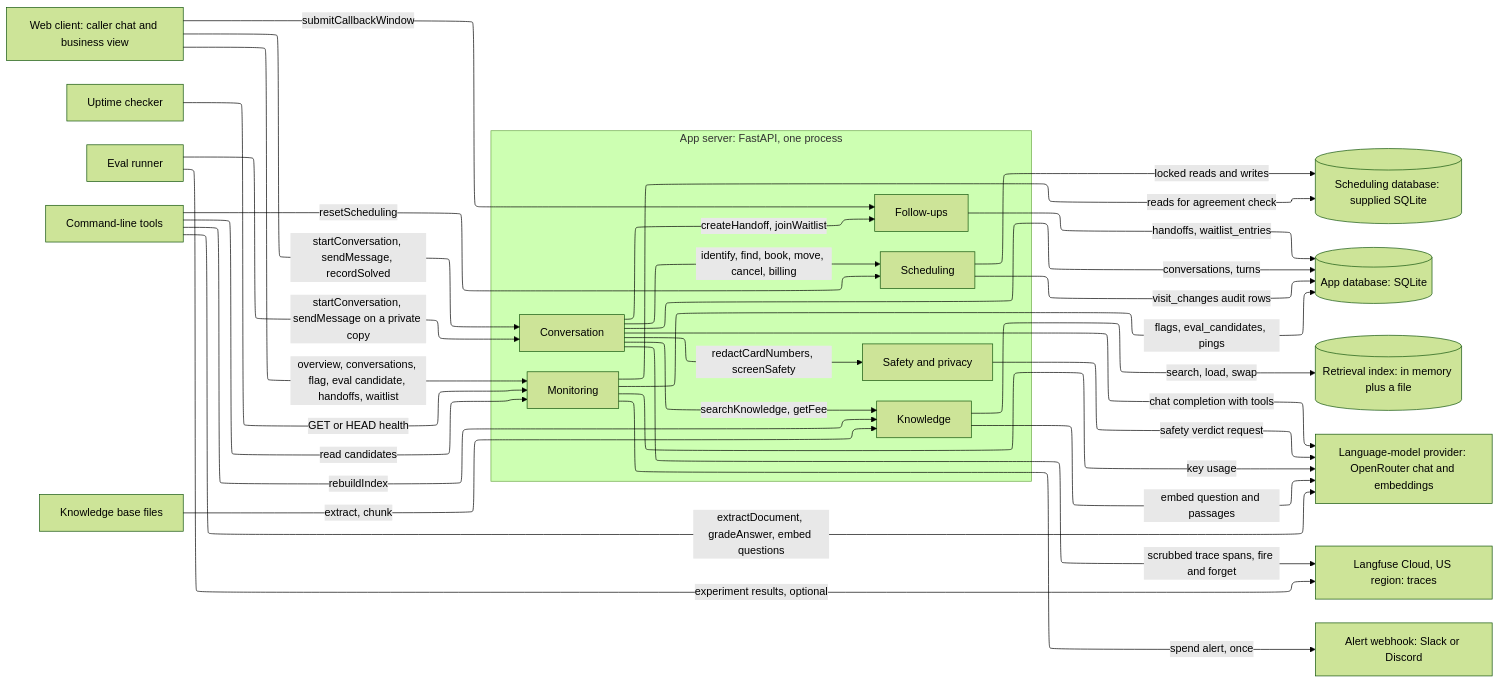
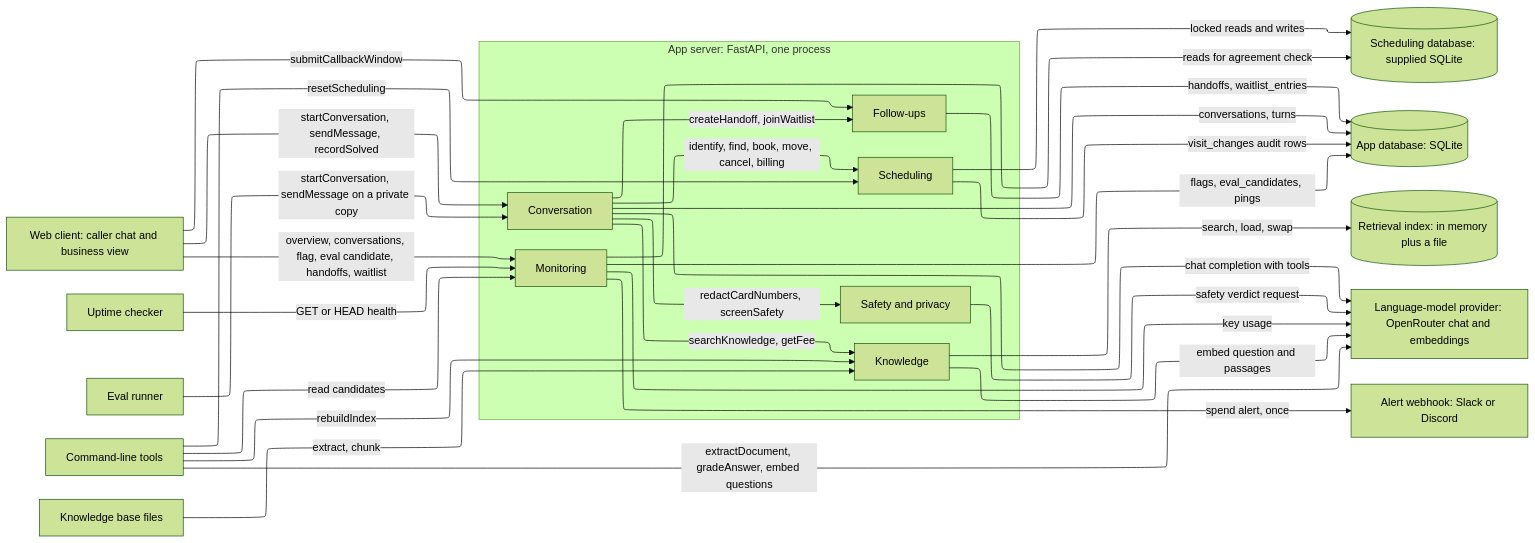
The first of 11 diagrams in docs/ARCHITECTURE.md (ThinkBuildMake/aea-fde-challenge), drawn with Mermaid (forest theme) before and after one commit. The commit also changed other lines of this file and 6 other files, not shown here.

````diff
--- a/docs/ARCHITECTURE.md
+++ b/docs/ARCHITECTURE.md
@@ -7,51 +7,48 @@
 ```mermaid
 %%{init: {"layout": "elk", "flowchart": {"nodeSpacing": 40, "rankSpacing": 60}}}%%
 flowchart LR
   client["Web client: caller chat and business view"]
   uptime["Uptime checker"]
   evalr["Eval runner"]
   cli["Command-line tools"]
   kb["Knowledge base files"]
   subgraph app["App server: FastAPI, one process"]
     conv["Conversation"]
     safety["Safety and privacy"]
     know["Knowledge"]
     sched["Scheduling"]
     fup["Follow-ups"]
     mon["Monitoring"]
   end
   sdb[("Scheduling database: supplied SQLite")]
   adb[("App database: SQLite")]
   idx[("Retrieval index: in memory plus a file")]
   llm["Language-model provider: OpenRouter chat and embeddings"]
-  lf["Langfuse Cloud, US region: traces"]
   chatops["Alert webhook: Slack or Discord"]
   client -->|startConversation, sendMessage, recordSolved| conv
   client -->|submitCallbackWindow| fup
   client -->|overview, conversations, flag, eval candidate, handoffs, waitlist| mon
   uptime -->|GET or HEAD health| mon
   evalr -->|startConversation, sendMessage on a private copy| conv
   cli -->|rebuildIndex| know
   cli -->|resetScheduling| sched
   cli -->|read candidates| mon
   cli -->|extractDocument, gradeAnswer, embed questions| llm
   kb -->|extract, chunk| know
   conv -->|redactCardNumbers, screenSafety| safety
   conv -->|searchKnowledge, getFee| know
   conv -->|identify, find, book, move, cancel, billing| sched
   conv -->|createHandoff, joinWaitlist| fup
   conv -->|chat completion with tools| llm
   safety -->|safety verdict request| llm
   know -->|embed question and passages| llm
   know -->|search, load, swap| idx
   mon -->|key usage| llm
-  conv -->|scrubbed trace spans, fire and forget| lf
-  evalr -->|experiment results, optional| lf
   mon -->|spend alert, once| chatops
   sched -->|locked reads and writes| sdb
   sched -->|visit_changes audit rows| adb
   mon -->|reads for agreement check| sdb
   conv -->|conversations, turns| adb
   fup -->|handoffs, waitlist_entries| adb
   mon -->|flags, eval_candidates, pings| adb
 ```
````
